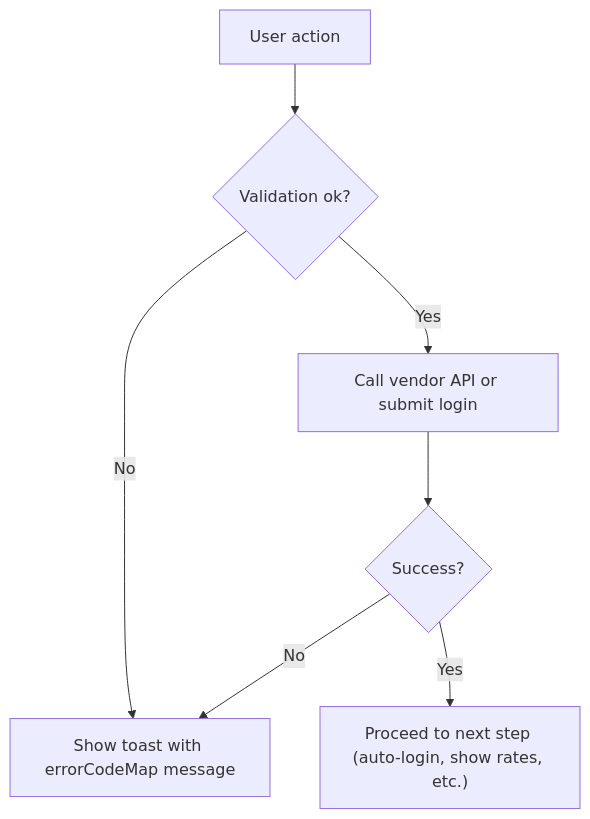
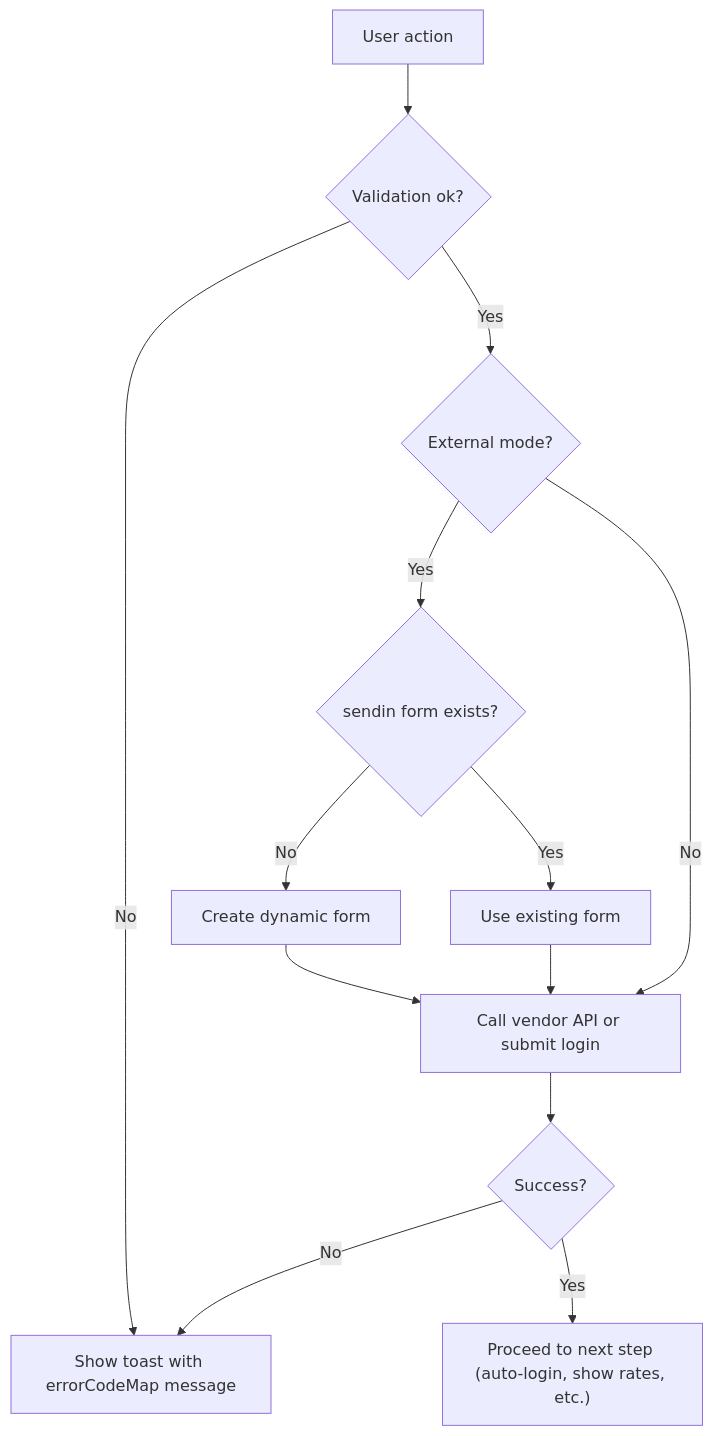
Diagram 11 of 13 in .qoder/repowiki/en/content/Captive Portal Interface/Login Interface & Voucher Entry.md (Djnirds1984/MT-CONTROLLER-PISOWIFI), drawn with Mermaid before and after one commit. The commit also changed other lines of this file and 8 other files, not shown here.

First line of the commit message:
feat(hotspot): enhance external mode with dynamic form fallback for voucher login

````diff
--- a/.qoder/repowiki/en/content/Captive Portal Interface/Login Interface & Voucher Entry.md
+++ b/.qoder/repowiki/en/content/Captive Portal Interface/Login Interface & Voucher Entry.md
@@ -308,9 +383,15 @@
 ```mermaid
 flowchart TD
 A["User action"] --> B{"Validation ok?"}
 B --> |No| E["Show toast with errorCodeMap message"]
-B --> |Yes| C["Call vendor API or submit login"]
-C --> D{"Success?"}
-D --> |No| E
-D --> |Yes| F["Proceed to next step (auto-login, show rates, etc.)"]
+B --> |Yes| C{"External mode?"}
+C --> |Yes| D{"sendin form exists?"}
+D --> |No| F["Create dynamic form"]
+D --> |Yes| G["Use existing form"]
+F --> H["Call vendor API or submit login"]
+G --> H
+C --> |No| H
+H --> I{"Success?"}
+I --> |No| E
+I --> |Yes| J["Proceed to next step (auto-login, show rates, etc.)"]
 ```
````
